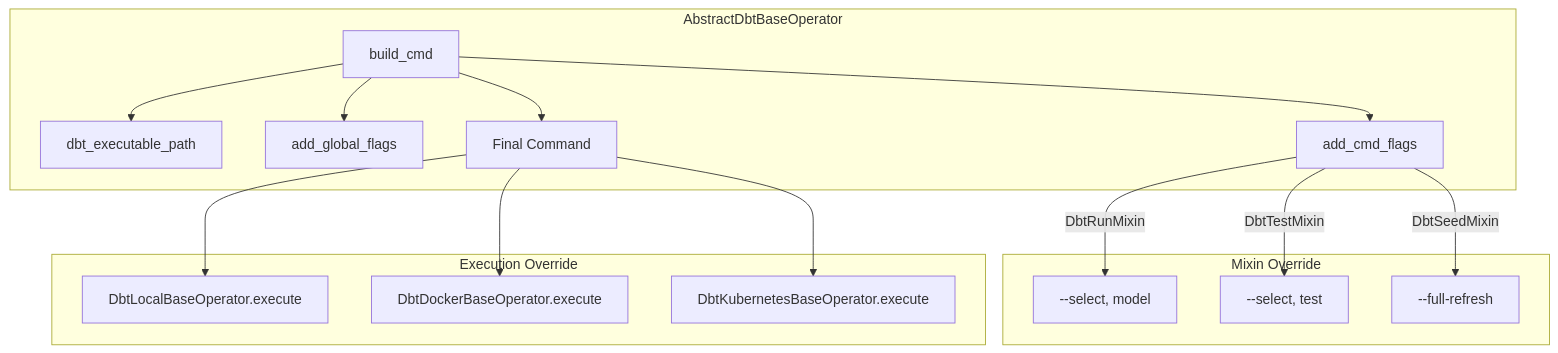
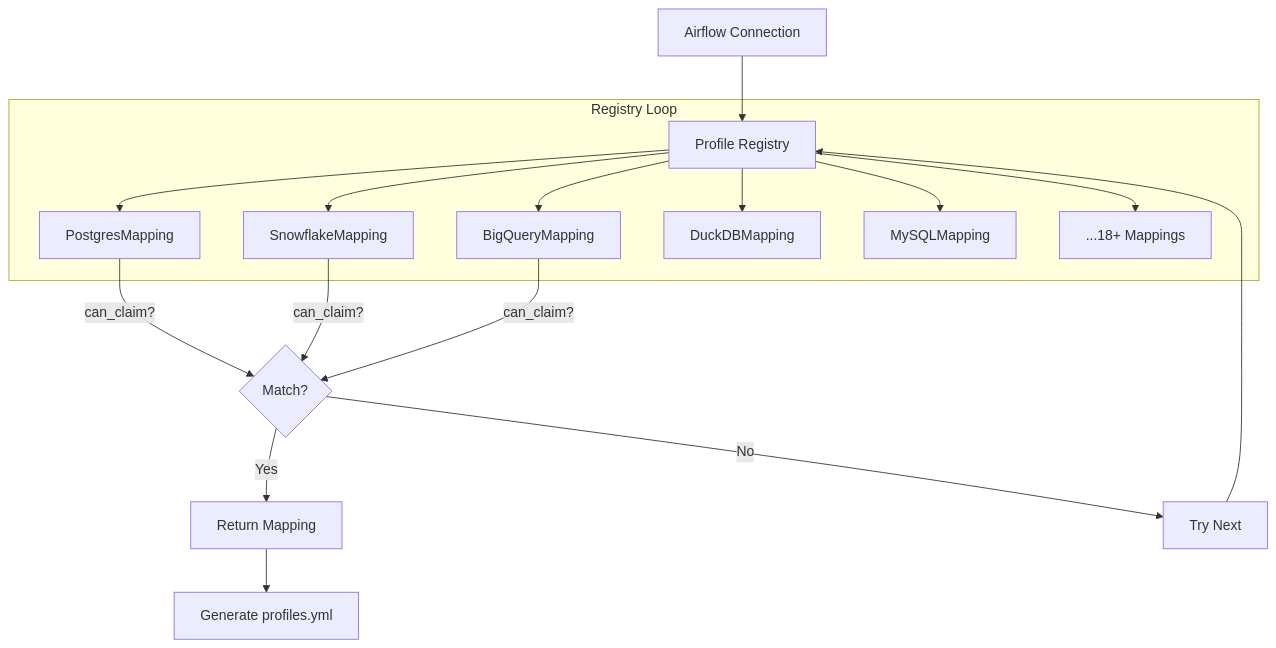
One commit to josix/astronomer-cosmos changed the sixth of 28 diagrams in docs/ARCHITECTURE.md. Above: the diagram before and after it, drawn with Mermaid. The commit also changed other lines of this file, not shown here.

First line of the commit message:
docs: Update architecture documentation with v1.12 features

````diff
--- a/docs/ARCHITECTURE.md
+++ b/docs/ARCHITECTURE.md
@@ -318,22 +377,23 @@
 ```mermaid
 flowchart TD
-    subgraph "AbstractDbtBaseOperator"
-        BUILD[build_cmd]
-        BUILD --> EXE[dbt_executable_path]
-        BUILD --> GF[add_global_flags]
-        BUILD --> CF[add_cmd_flags]
-        BUILD --> FINAL[Final Command]
+    CONN[Airflow Connection] --> REG[Profile Registry]
+
+    subgraph "Registry Loop"
+        REG --> PM1[PostgresMapping]
+        REG --> PM2[SnowflakeMapping]
+        REG --> PM3[BigQueryMapping]
+        REG --> PM4[DuckDBMapping]
+        REG --> PM5[MySQLMapping]
+        REG --> PMN[...18+ Mappings]
     end
 
-    subgraph "Mixin Override"
-        CF --> |DbtRunMixin| RUN["--select", model]
-        CF --> |DbtTestMixin| TEST["--select", test]
-        CF --> |DbtSeedMixin| SEED["--full-refresh"]
-    end
+    PM1 --> |can_claim?| CHECK{Match?}
+    PM2 --> |can_claim?| CHECK
+    PM3 --> |can_claim?| CHECK
 
-    subgraph "Execution Override"
-        FINAL --> LOCAL[DbtLocalBaseOperator.execute]
-        FINAL --> DOCKER[DbtDockerBaseOperator.execute]
-        FINAL --> K8S[DbtKubernetesBaseOperator.execute]
-    end
+    CHECK --> |Yes| MATCH[Return Mapping]
+    CHECK --> |No| NEXT[Try Next]
+    NEXT --> REG
+
+    MATCH --> PROFILE[Generate profiles.yml]
 ```
````
